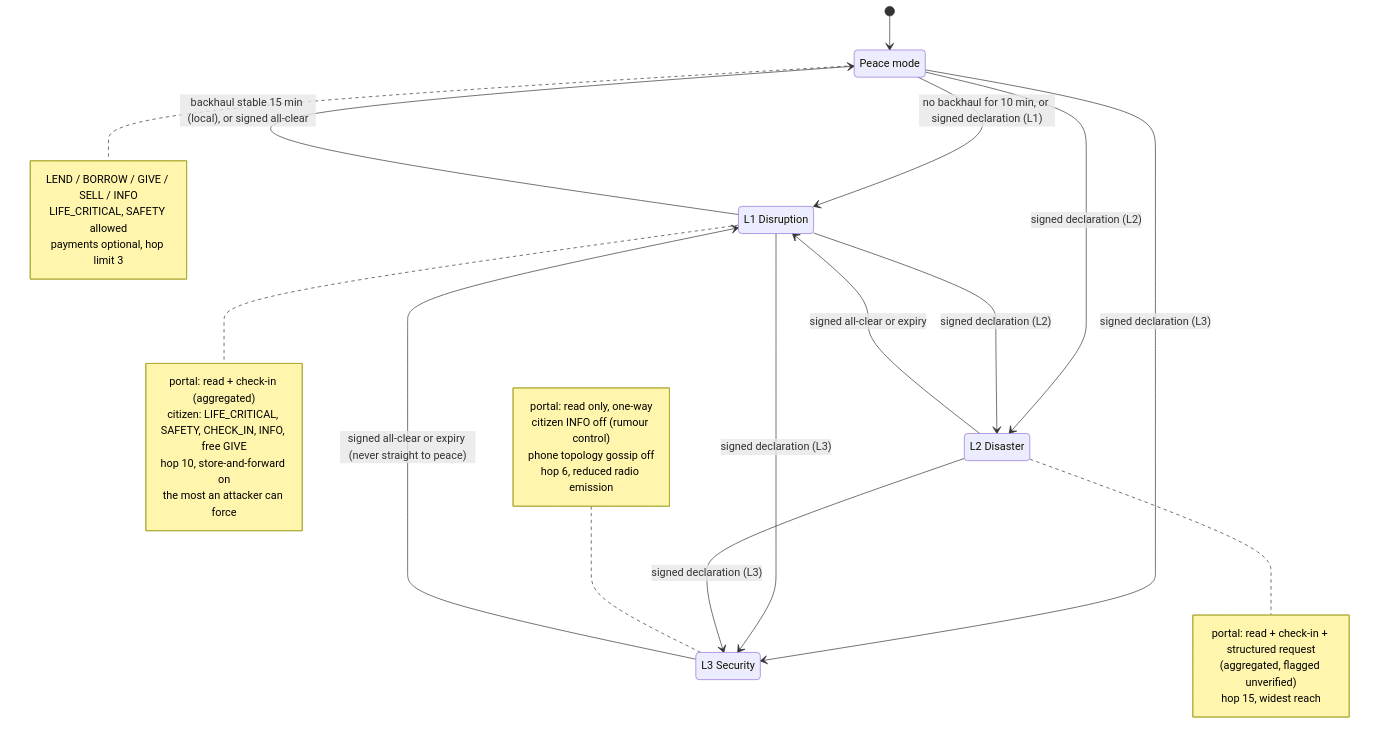
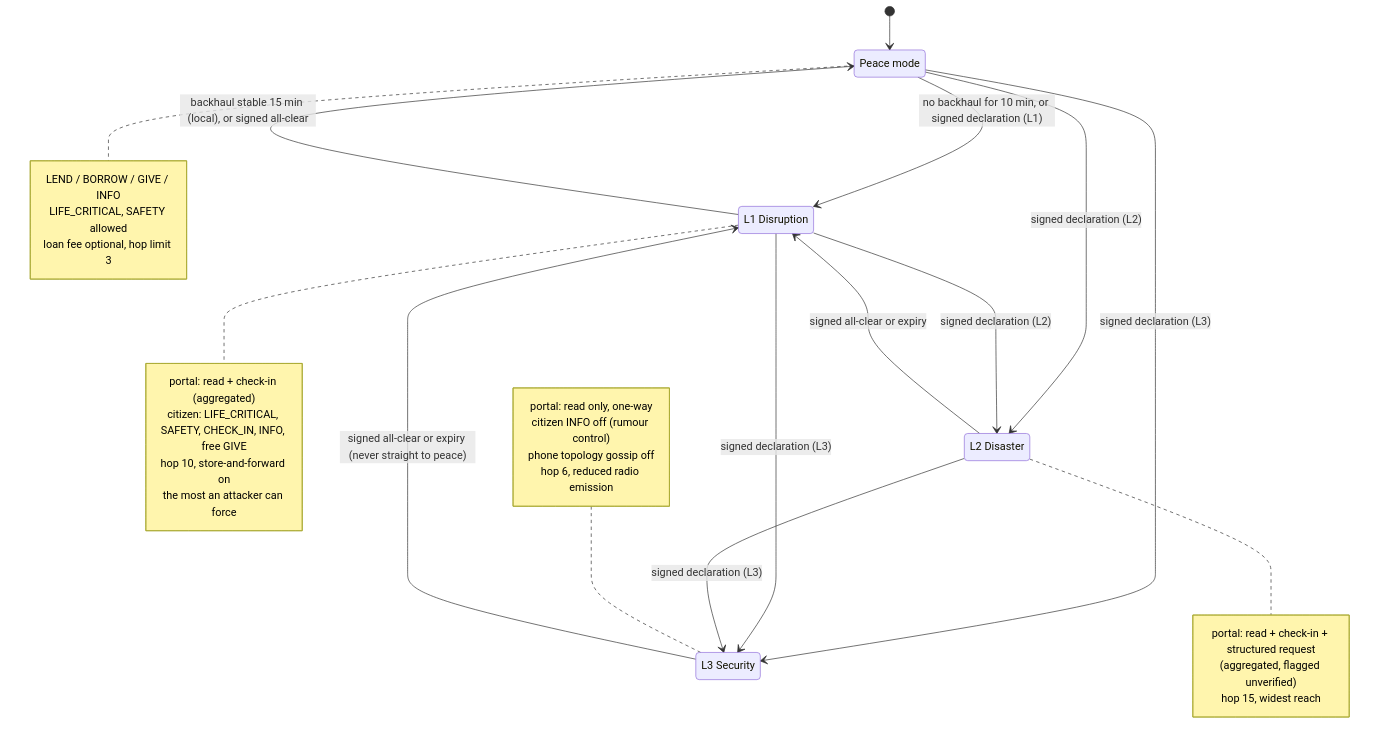
One commit to theapexlab/hackyeah2026 changed the diagram in docs/diagrams/03-mode-state-machine.mmd. Above: the diagram before and after it, drawn with Mermaid. The commit also changed 9 other files, not shown here.

```diff
--- a/docs/diagrams/03-mode-state-machine.mmd
+++ b/docs/diagrams/03-mode-state-machine.mmd
@@ -1,37 +1,37 @@
 stateDiagram-v2
   [*] --> Peace
   state "Peace mode" as Peace
   state "L1 Disruption" as L1
   state "L2 Disaster" as L2
   state "L3 Security" as L3
   Peace --> L1: no backhaul for 10 min, or signed declaration (L1)
   L1 --> Peace: backhaul stable 15 min (local), or signed all-clear
   Peace --> L2: signed declaration (L2)
   L1 --> L2: signed declaration (L2)
   Peace --> L3: signed declaration (L3)
   L1 --> L3: signed declaration (L3)
   L2 --> L3: signed declaration (L3)
   L2 --> L1: signed all-clear or expiry
   L3 --> L1: signed all-clear or expiry (never straight to peace)
   note right of Peace
-    LEND / BORROW / GIVE / SELL / INFO
+    LEND / BORROW / GIVE / INFO
     LIFE_CRITICAL, SAFETY allowed
-    payments optional, hop limit 3
+    loan fee optional, hop limit 3
   end note
   note right of L1
     portal: read + check-in (aggregated)
     citizen: LIFE_CRITICAL, SAFETY, CHECK_IN, INFO, free GIVE
     hop 10, store-and-forward on
     the most an attacker can force
   end note
   note right of L2
     portal: read + check-in + structured request
     (aggregated, flagged unverified)
     hop 15, widest reach
   end note
   note left of L3
     portal: read only, one-way
     citizen INFO off (rumour control)
     phone topology gossip off
     hop 6, reduced radio emission
   end note
```
